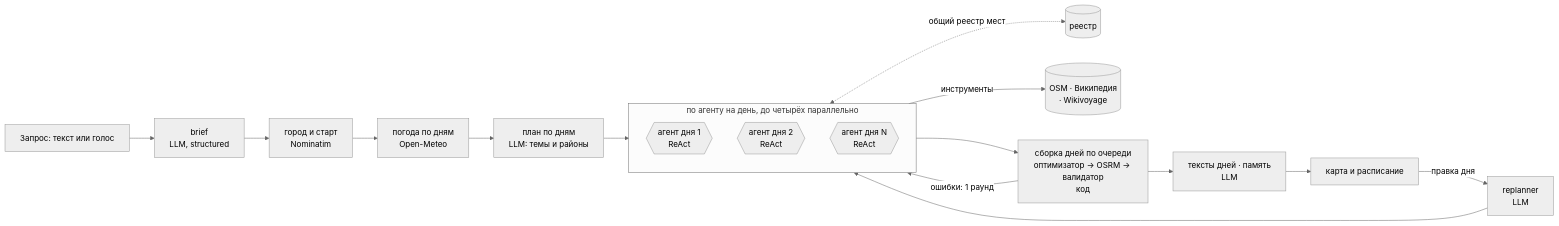
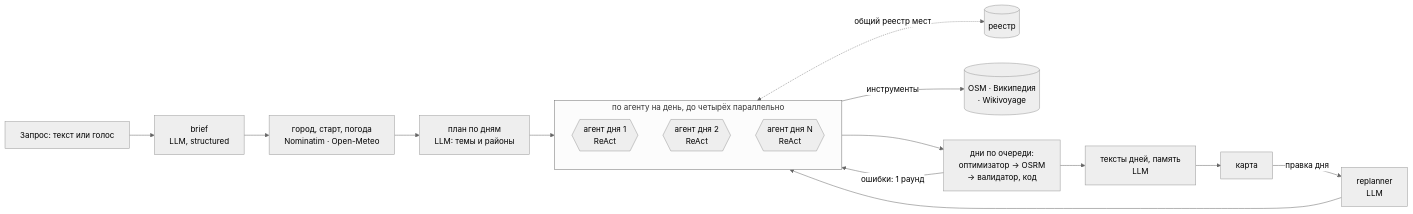
The diagram in README.md (dgornin/progulka), drawn with Mermaid (neutral theme) before and after one commit.

Commit message:
README graph: compact, every node readable

````diff
--- a/README.md
+++ b/README.md
@@ -107,20 +107,18 @@
 ```mermaid
 flowchart LR
     Q[Запрос: текст или голос] --> B[brief<br/>LLM, structured]
-    B --> G[город и старт<br/>Nominatim]
-    G --> W[погода по дням<br/>Open-Meteo]
-    W --> D[план по дням<br/>LLM: темы и районы]
+    B --> G[город, старт, погода<br/>Nominatim · Open-Meteo]
+    G --> D[план по дням<br/>LLM: темы и районы]
     subgraph A [по агенту на день, до четырёх параллельно]
         R1{{агент дня 1<br/>ReAct}}
         R2{{агент дня 2<br/>ReAct}}
         RN{{агент дня N<br/>ReAct}}
     end
     D --> A
     A <-. общий реестр мест .-> REG[(реестр)]
     A -- инструменты --> S[(OSM · Википедия<br/>· Wikivoyage)]
-    A --> O[сборка дней по очереди<br/>оптимизатор → OSRM → валидатор<br/>код]
+    A --> O[дни по очереди:<br/>оптимизатор → OSRM<br/>→ валидатор, код]
     O -- ошибки: 1 раунд --> A
-    O --> T[тексты дней · память<br/>LLM]
-    T --> U[карта и расписание]
-    U -- правка дня --> F[replanner<br/>LLM] --> A
+    O --> T[тексты дней, память<br/>LLM]
+    T --> U[карта] -- правка дня --> F[replanner<br/>LLM] --> A
 ```
````
